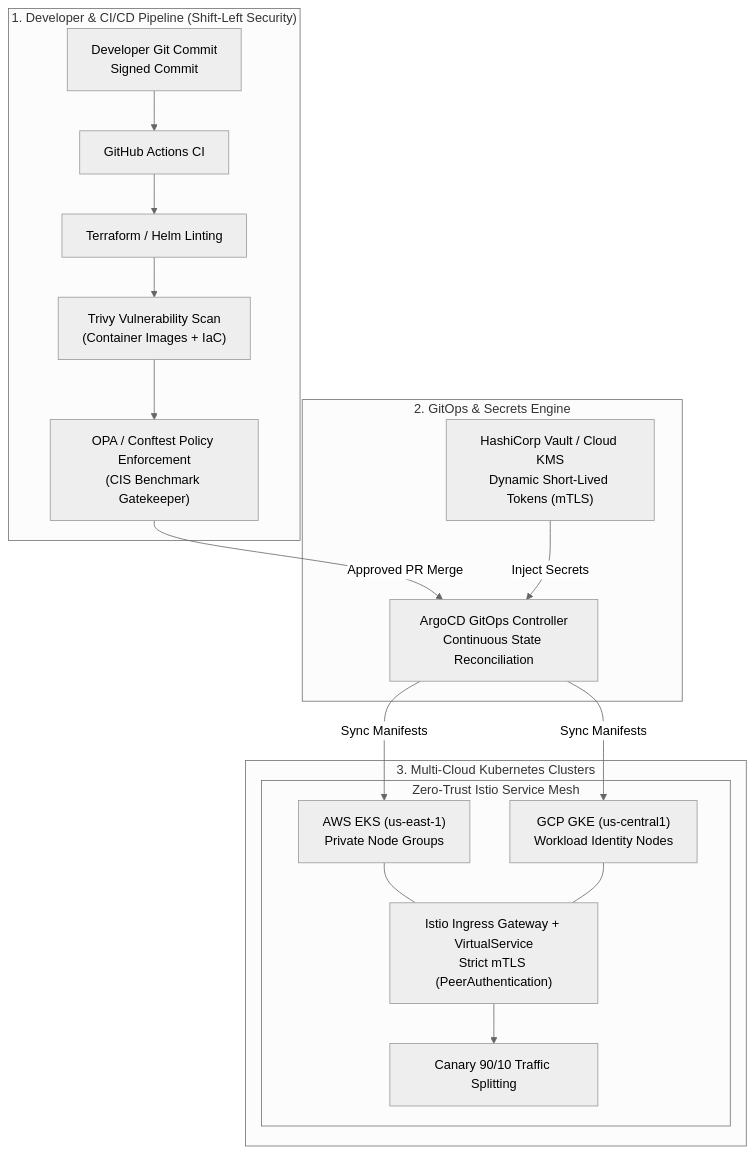
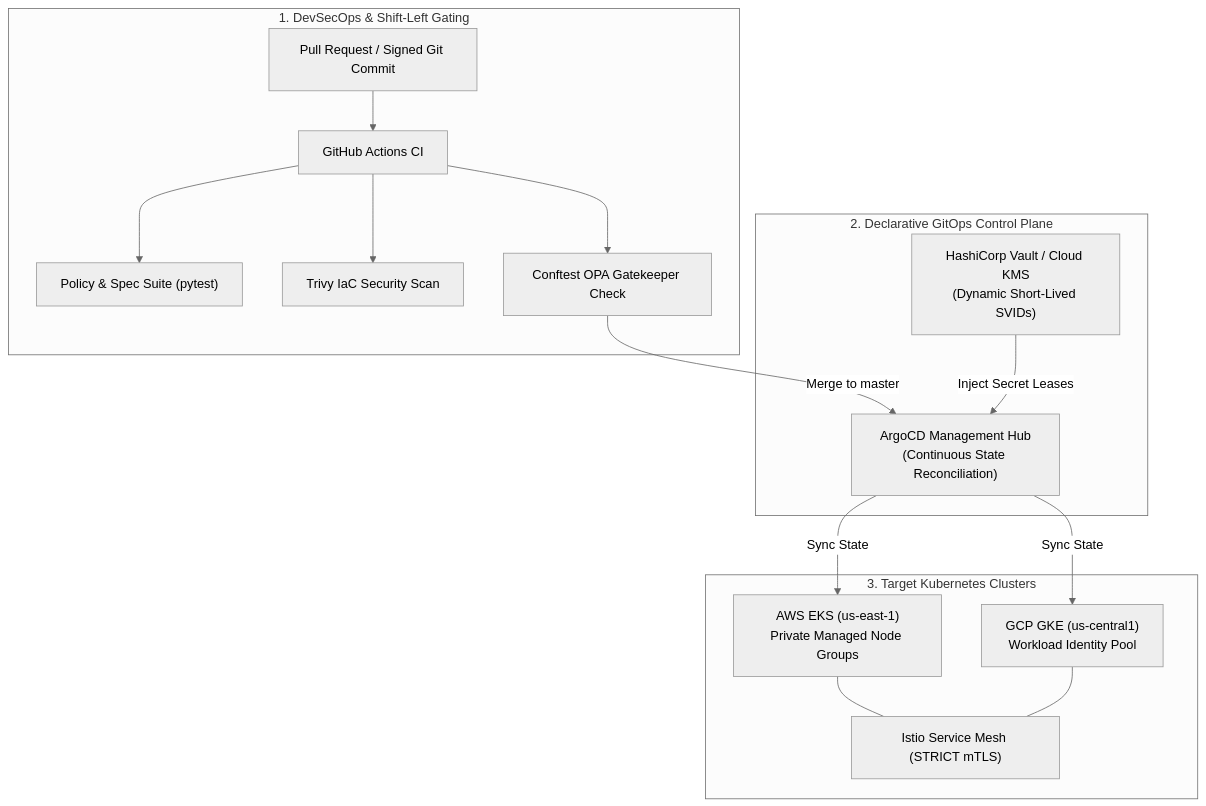
Before and after one commit to FreeFades2Black/enterprise-multicloud-gitops-zerotrust: the diagram in README.md, drawn with Mermaid (neutral theme). The commit also changed other lines of this file and 10 other files, not shown here.

Commit message:
feat(ops): add GitOps triage runbook, post-mortem, Grafana board, and OIDC CI pipeline

````diff
--- a/README.md
+++ b/README.md
@@ -35,26 +12,21 @@
 ```mermaid
 flowchart TD
-    subgraph DevSecOps ["1. Developer & CI/CD Pipeline (Shift-Left Security)"]
-        GitCommit["Developer Git Commit<br/>Signed Commit"] --> GHAction["GitHub Actions CI"]
-        GHAction --> Lint["Terraform / Helm Linting"]
-        Lint --> Trivy["Trivy Vulnerability Scan<br/>(Container Images + IaC)"]
-        Trivy --> OPA["OPA / Conftest Policy Enforcement<br/>(CIS Benchmark Gatekeeper)"]
+    subgraph ShiftLeft ["1. DevSecOps & Shift-Left Gating"]
+        PR["Pull Request / Signed Git Commit"] --> CI["GitHub Actions CI"]
+        CI --> Pytest["Policy & Spec Suite (pytest)"]
+        CI --> Trivy["Trivy IaC Security Scan"]
+        CI --> Conftest["Conftest OPA Gatekeeper Check"]
     end
 
-    subgraph GitOpsControl ["2. GitOps & Secrets Engine"]
-        OPA -->|Approved PR Merge| ArgoCD["ArgoCD GitOps Controller<br/>Continuous State Reconciliation"]
-        Vault["HashiCorp Vault / Cloud KMS<br/>Dynamic Short-Lived Tokens (mTLS)"]
-        Vault -->|Inject Secrets| ArgoCD
+    subgraph GitOpsCore ["2. Declarative GitOps Control Plane"]
+        Conftest -->|Merge to master| ArgoCD["ArgoCD Management Hub<br/>(Continuous State Reconciliation)"]
+        Vault["HashiCorp Vault / Cloud KMS<br/>(Dynamic Short-Lived SVIDs)"] -->|Inject Secret Leases| ArgoCD
     end
 
-    subgraph MultiCloudWorkloads ["3. Multi-Cloud Kubernetes Clusters"]
-        ArgoCD -->|Sync Manifests| EKS["AWS EKS (us-east-1)<br/>Private Node Groups"]
-        ArgoCD -->|Sync Manifests| GKE["GCP GKE (us-central1)<br/>Workload Identity Nodes"]
-        
-        subgraph ClusterMesh ["Zero-Trust Istio Service Mesh"]
-            EKS --- Istio["Istio Ingress Gateway + VirtualService<br/>Strict mTLS (PeerAuthentication)"]
-            GKE --- Istio
-            Istio --> Canary["Canary 90/10 Traffic Splitting"]
-        end
+    subgraph MultiCloudClusters ["3. Target Kubernetes Clusters"]
+        ArgoCD -->|Sync State| EKS["AWS EKS (us-east-1)<br/>Private Managed Node Groups"]
+        ArgoCD -->|Sync State| GKE["GCP GKE (us-central1)<br/>Workload Identity Pool"]
+        EKS --- Mesh["Istio Service Mesh (STRICT mTLS)"]
+        GKE --- Mesh
     end
 ```
````
